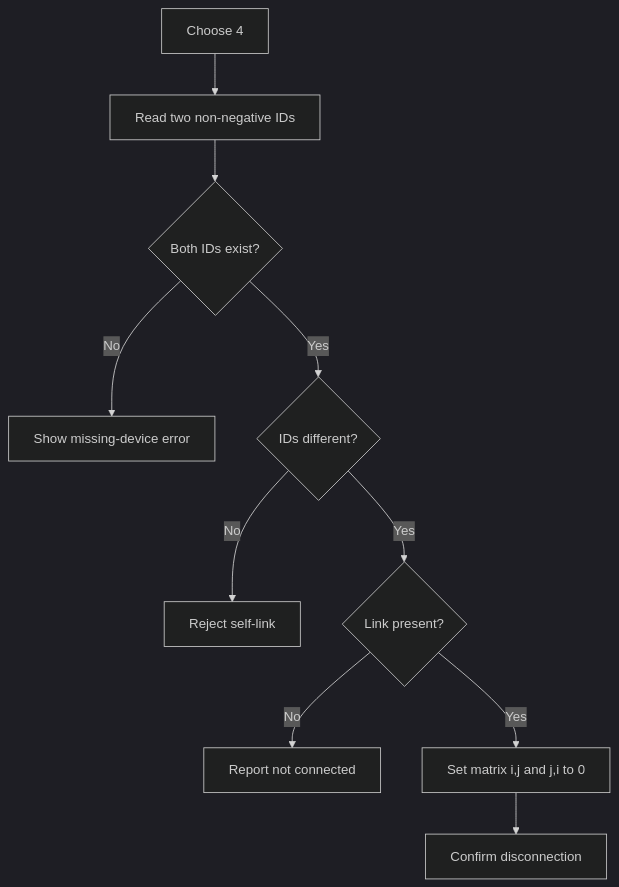
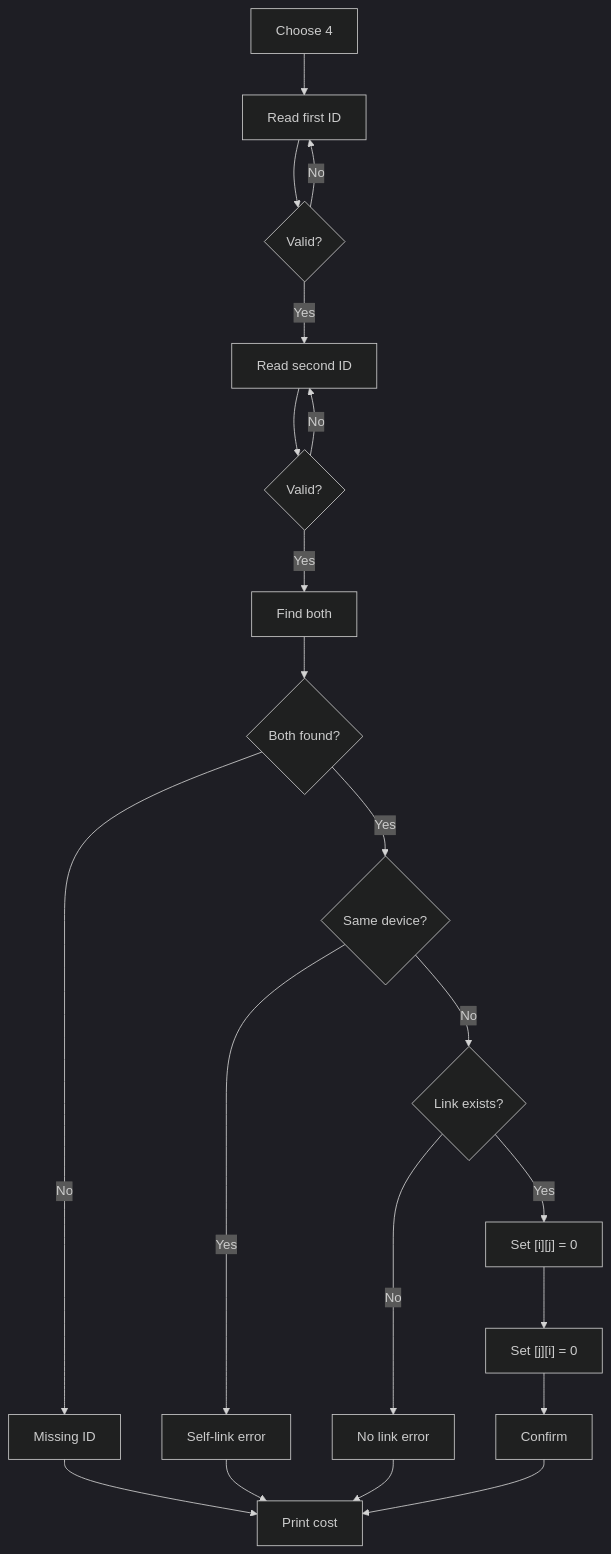
One commit to Kanechiii/nodex changed the fifth of 11 diagrams in docs/WORKFLOWS.md. Above: the diagram before and after it, drawn with Mermaid (dark theme). The commit also changed other lines of this file and 5 other files, not shown here.

````diff
--- a/docs/WORKFLOWS.md
+++ b/docs/WORKFLOWS.md
@@ -108,12 +124,23 @@
 ```mermaid
 flowchart TD
-    A["Choose 4"] --> B["Read two non-negative IDs"]
-    B --> C{"Both IDs exist?"}
-    C -->|"No"| X["Show missing-device error"]
-    C -->|"Yes"| D{"IDs different?"}
-    D -->|"No"| Y["Reject self-link"]
-    D -->|"Yes"| E{"Link present?"}
-    E -->|"No"| Z["Report not connected"]
-    E -->|"Yes"| F["Set matrix i,j and j,i to 0"]
-    F --> G["Confirm disconnection"]
+    A["Choose 4"] --> B["Read first ID"]
+    B --> C{"Valid?"}
+    C -->|"No"| B
+    C -->|"Yes"| D["Read second ID"]
+    D --> E{"Valid?"}
+    E -->|"No"| D
+    E -->|"Yes"| F["Find both"]
+    F --> G{"Both found?"}
+    G -->|"No"| X["Missing ID"]
+    G -->|"Yes"| H{"Same device?"}
+    H -->|"Yes"| Y["Self-link error"]
+    H -->|"No"| I{"Link exists?"}
+    I -->|"No"| J["No link error"]
+    I -->|"Yes"| K["Set [i][j] = 0"]
+    K --> L["Set [j][i] = 0"]
+    L --> M["Confirm"]
+    X --> Z["Print cost"]
+    Y --> Z
+    J --> Z
+    M --> Z
 ```
````
